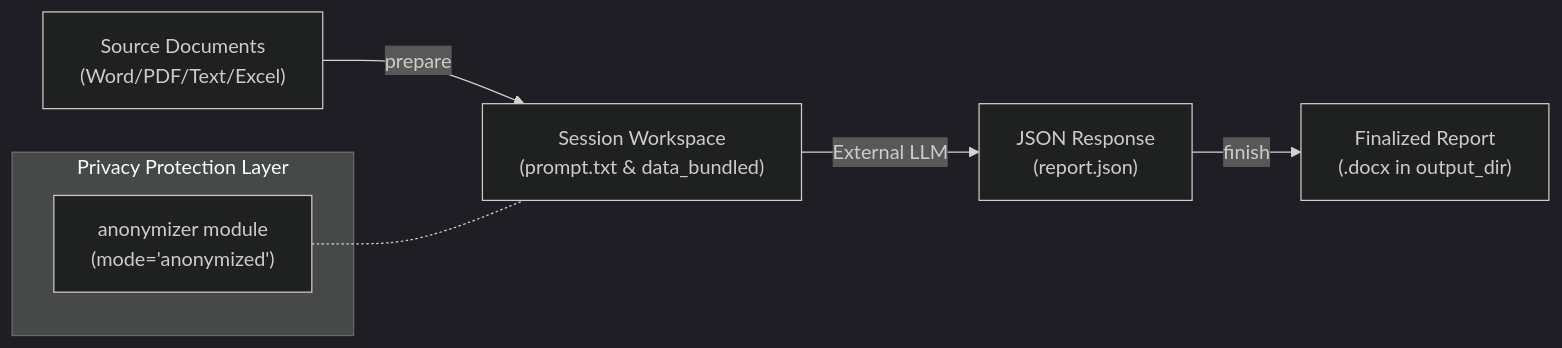
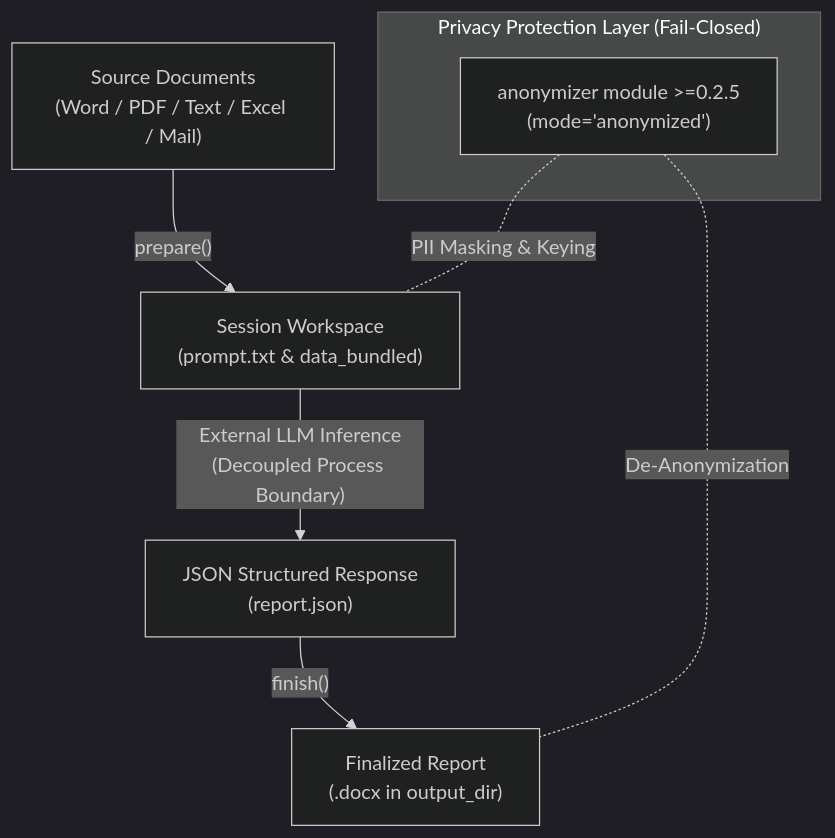
The first of 2 diagrams in README.md (ellmos-ai/report-forge), drawn with Mermaid (dark theme) before and after one commit. The commit also changed other lines of this file and 7 other files, not shown here.

Commit message:
docs: enhance discoverability, bilingual readme, sequence diagrams and marketing metadata (Pfad B) [1.1.6]

````diff
--- a/README.md
+++ b/README.md
@@ -26,11 +47,12 @@
 ```mermaid
-flowchart LR
-    A["Source Documents\n(Word/PDF/Text/Excel)"] -->|prepare| B["Session Workspace\n(prompt.txt & data_bundled)"]
-    B -->|External LLM| C["JSON Response\n(report.json)"]
-    C -->|finish| D["Finalized Report\n(.docx in output_dir)"]
+flowchart TD
+    A["Source Documents<br/>(Word / PDF / Text / Excel / Mail)"] -->|"prepare()"| B["Session Workspace<br/>(prompt.txt & data_bundled)"]
+    B -->|"External LLM Inference<br/>(Decoupled Process Boundary)"| C["JSON Structured Response<br/>(report.json)"]
+    C -->|"finish()"| D["Finalized Report<br/>(.docx in output_dir)"]
 
-    subgraph Privacy ["Privacy Protection Layer"]
-        E["anonymizer module\n(mode='anonymized')"]
+    subgraph PrivacyLayer ["Privacy Protection Layer (Fail-Closed)"]
+        E["anonymizer module &gt;=0.2.5<br/>(mode='anonymized')"]
     end
-    E -.- B
+    E -.-|"PII Masking &amp; Keying"| B
+    E -.-|"De-Anonymization"| D
 ```
````
